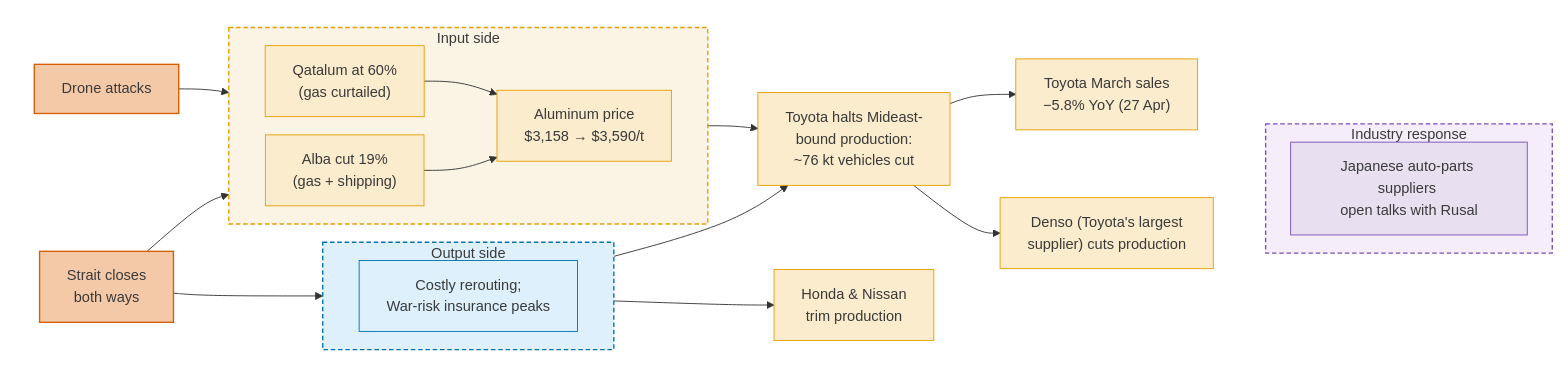
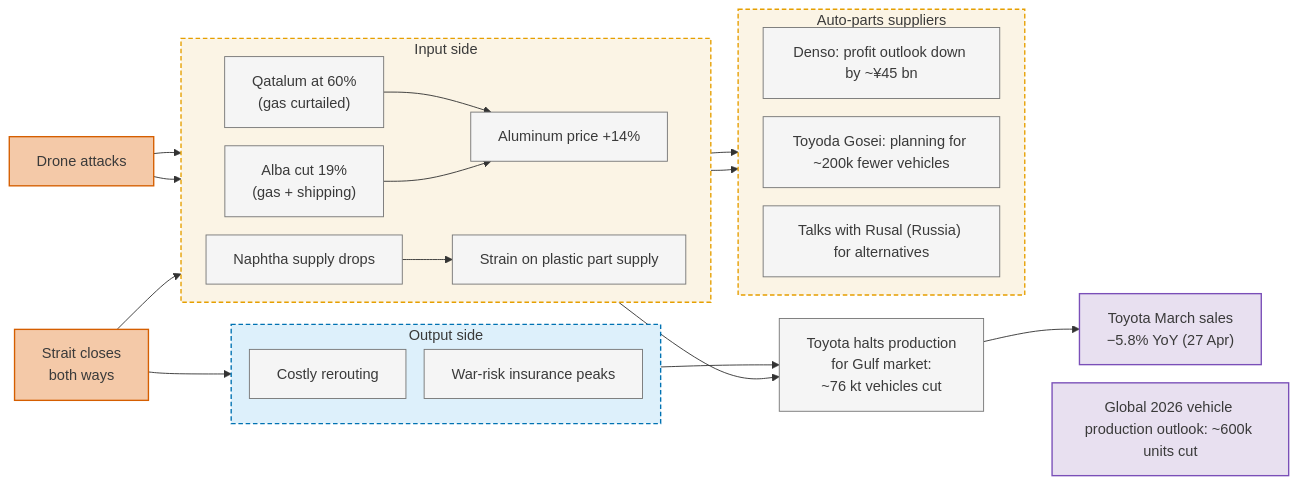
Before and after one commit to ccolon/disrupt-sc: the fourth of 5 diagrams in docs/research/hormuz/case-studies.md, drawn with Mermaid. The commit also changed other lines of this file and 2 other files, not shown here.

Commit message:
update diagrams + wording

````diff
--- a/docs/research/hormuz/case-studies.md
+++ b/docs/research/hormuz/case-studies.md
@@ -243,67 +242,63 @@
 ```mermaid
 ---
 config:
-  theme: default
   themeCSS: '.cluster-label foreignObject { text-align: center; }'
   flowchart:
     rankSpacing: 30
   layout: dagre
 ---
-%%{init: {'flowchart': {'nodeSpacing': 20, 'rankSpacing': 30}, 'theme':'default'}}%%
+%%{init: {'flowchart': {'nodeSpacing': 20, 'rankSpacing': 30}}}%%
 flowchart LR
- subgraph alu["Input side"]
+ subgraph input["Input side"]
     direction LR
-        B["Qatalum at 60%<br>(gas curtailed)"]
-        C["Alba cut 19%<br>(gas + shipping)"]
-        D["Aluminum price<br>$3,158 → $3,590/t"]
+        qatalum["Qatalum at 60%<br>(gas curtailed)"]
+        alba["Alba cut 19%<br>(gas + shipping)"]
+        nap["Naphtha supply drops"]
+        aluprice["Aluminum price +14%"]
+        plastics["Strain on plastic part supply"]
   end
  subgraph outputs[Output side]
+    direction TB
+        reroute["Costly rerouting"]
+        insurance["War-risk insurance peaks"]:::energy
+  end
+  subgraph suppliers[Auto-parts suppliers]
     direction LR
-        reroute["Costly rerouting;<br/>War-risk insurance peaks"]
+        denso["Denso: profit outlook down by ~¥45 bn"]
+        gosei["Toyoda Gosei: planning for ~200k fewer vehicles"]
+        rusal["Talks with Rusal (Russia) for alternatives"]
   end
- subgraph main[" "]
-    direction LR
-        Ab["Drone attacks"]
-        outputs
-        alu
-        A["Strait closes<br>both ways"]
-        F["Toyota halts Mideast-<br>bound production:<br>~76 kt vehicles cut"]
-        G["Honda &amp; Nissan<br>trim production"]
-        denso["Denso (Toyota's largest<br/>supplier) cuts production"]
-        I["Toyota March sales<br>−5.8% YoY (27 Apr)"]
-  end
- subgraph response["Industry response"]
-    direction LR
-        J["Japanese auto-parts suppliers <br>open talks with Rusal"]
-  end
-    B --> D
-    C --> D
-    A --> alu & outputs
-    Ab --> alu
-    outputs --> F & G
-    alu --> F
-    F --> I & denso
-    Ab ~~~ response
+  drone["Drone attacks"]
+  outputs
+  input
+  suppliers
+  hormuz["Strait closes<br>both ways"]
+  toyota["Toyota halts production<br>for Gulf market:<br>~76 kt vehicles cut"]
+  honda["Global 2026 vehicle production outlook: ~600k units cut"]
+  sales["Toyota March sales<br>−5.8% YoY (27 Apr)"]
 
-     Ab:::source
-     A:::source
-     B:::material
-     C:::material
-     D:::material
-     F:::material
-     G:::material
-     I:::material
-     reroute:::energy
-     denso:::material
-     J:::policy
-    classDef source   fill:#F4C9A8,stroke:#D55E00,stroke-width:1.5px,color:#3A3A3A
-    classDef energy   fill:#DDF0FB,stroke:#0072B2,stroke-width:1px,color:#3A3A3A
-    classDef material fill:#FAECCC,stroke:#E69F00,stroke-width:1px,color:#3A3A3A
-    classDef policy   fill:#E8E0F0,stroke:#7A4FB8,stroke-width:1px,color:#3A3A3A
-    classDef default  fill:#F5F5F5,stroke:#767676,stroke-width:1px,color:#3A3A3A
 
-    style alu fill:#FBF4E5,stroke:#E69F00,stroke-width:1.5px,stroke-dasharray:5 3,color:#3A3A3A
-    style outputs fill:#DDF0FB,stroke:#0072B2,stroke-width:1.5px,stroke-dasharray:5 3,color:#3A3A3A
-    style main fill:none,stroke:none
-    style response fill:#F5EDFA,stroke:#7A4FB8,stroke-width:1.5px,stroke-dasharray:5 3,color:#3A3A3A
+    qatalum --> aluprice
+    alba --> aluprice
+    hormuz --> input & outputs
+    drone --> qatalum & alba
+    outputs --> toyota
+    input --> toyota
+    toyota --> sales
+    nap --> plastics
+    aluprice --> suppliers
+    plastics --> suppliers
+    toyota ~~~ honda
+
+classDef trigger  fill:#F4C9A8,stroke:#D55E00,stroke-width:1.5px,color:#3A3A3A
+classDef outcome  fill:#E8E0F0,stroke:#7A4FB8,stroke-width:1.5px,color:#3A3A3A  
+classDef default  fill:#F5F5F5,stroke:#767676,stroke-width:1px,color:#3A3A3A
+
+drone:::trigger
+hormuz:::trigger
+sales:::outcome
+honda:::outcome
+style input fill:#FBF4E5,stroke:#E69F00,stroke-width:1.5px,stroke-dasharray:5 3,color:#3A3A3A
+style outputs fill:#DDF0FB,stroke:#0072B2,stroke-width:1.5px,stroke-dasharray:5 3,color:#3A3A3A
+style suppliers fill:#FBF4E5,stroke:#E69F00,stroke-width:1.5px,stroke-dasharray:5 3,color:#3A3A3A
 ```
````
